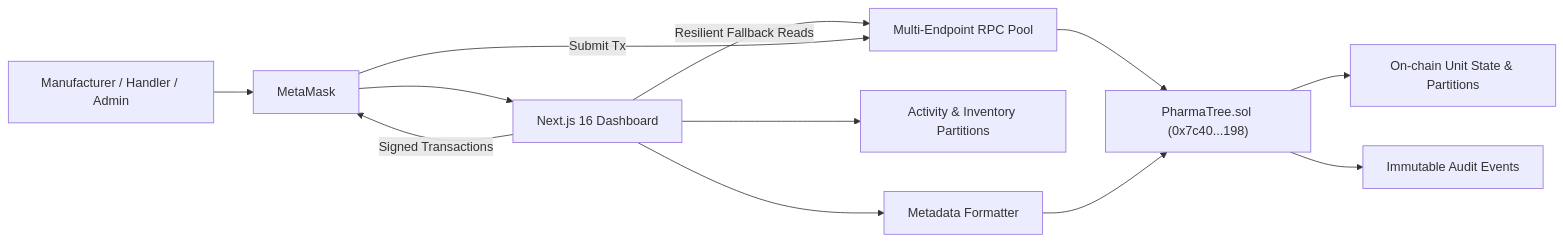
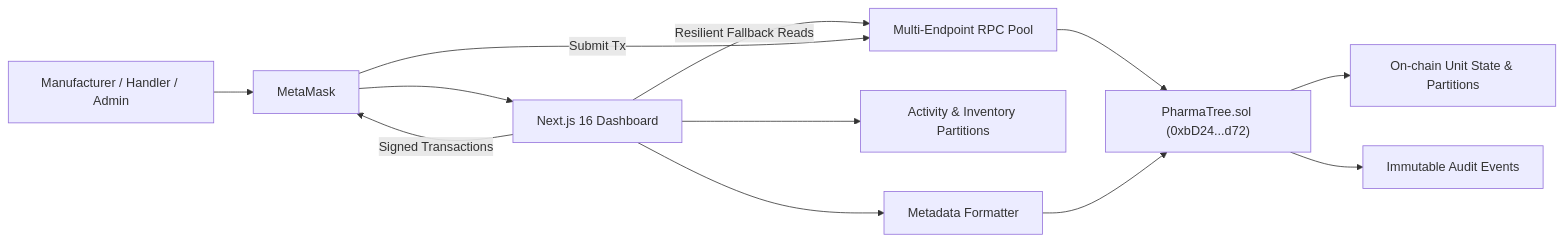
One commit to ayonm95/pharmatree changed the first of 11 diagrams in PROJECT_DOCUMENTATION.md. Above: the diagram before and after it, drawn with Mermaid. The commit also changed other lines of this file and 20 other files, not shown here.

````diff
--- a/PROJECT_DOCUMENTATION.md
+++ b/PROJECT_DOCUMENTATION.md
@@ -59,14 +59,14 @@
 ```mermaid
 flowchart LR
     U[Manufacturer / Handler / Admin] --> MM[MetaMask]
     MM --> UI[Next.js 16 Dashboard]
     UI -->|Resilient Fallback Reads| RPC[Multi-Endpoint RPC Pool]
     UI -->|Signed Transactions| MM
     MM -->|Submit Tx| RPC
-    RPC --> C["PharmaTree.sol (0x7c40...198)"]
+    RPC --> C["PharmaTree.sol (0xbD24...d72)"]
     C --> S[On-chain Unit State & Partitions]
     C --> E[Immutable Audit Events]
     UI --> H[Activity & Inventory Partitions]
     UI --> M[Metadata Formatter]
     M --> C
 ```
````
